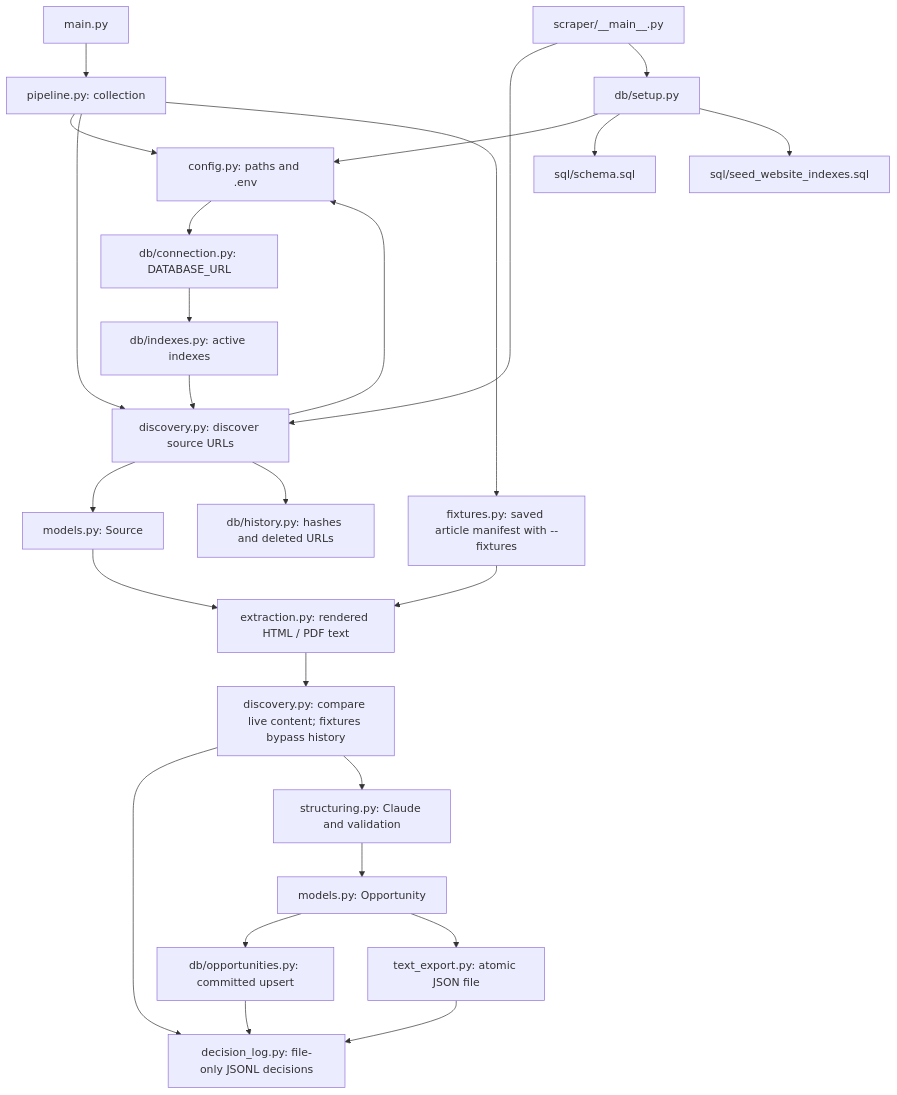
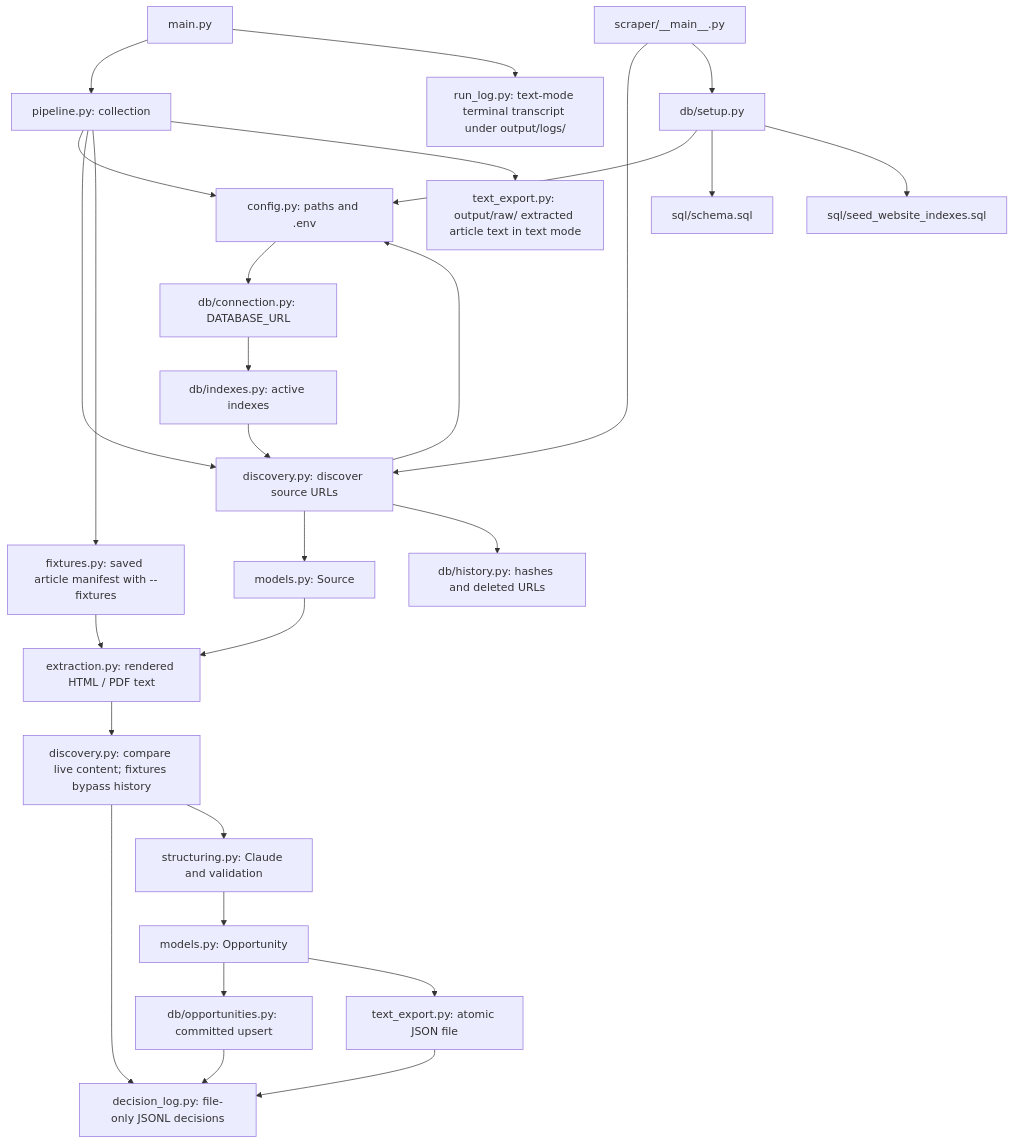
Before and after one commit to MCLWxMBI/scraper: the diagram in README.md, drawn with Mermaid. The commit also changed other lines of this file and 12 other files, not shown here.

````diff
--- a/README.md
+++ b/README.md
@@ -135,28 +169,30 @@
 ```mermaid
 flowchart TD
     Main["main.py"] --> Pipeline["pipeline.py: collection"]
+    Main --> RunLog["run_log.py: text-mode terminal transcript under output/logs/"]
     Commands["scraper/__main__.py"] --> Discovery["discovery.py: discover source URLs"]
     Commands --> Setup["db/setup.py"]
     Pipeline --> Config["config.py: paths and .env"]
     Discovery --> Config
     Setup --> Config
     Config --> Connection["db/connection.py: DATABASE_URL"]
     Connection --> Indexes["db/indexes.py: active indexes"]
     Pipeline --> Discovery
     Pipeline --> Fixtures["fixtures.py: saved article manifest with --fixtures"]
     Fixtures --> Extraction
     Indexes --> Discovery
     Discovery --> Sources["models.py: Source"]
     Sources --> Extraction["extraction.py: rendered HTML / PDF text"]
     Discovery --> History["db/history.py: hashes and deleted URLs"]
     Extraction --> Gate["discovery.py: compare live content; fixtures bypass history"]
     Gate --> Decisions["decision_log.py: file-only JSONL decisions"]
     Gate --> Structuring["structuring.py: Claude and validation"]
     Structuring --> Opportunity["models.py: Opportunity"]
     Opportunity --> Database["db/opportunities.py: committed upsert"]
     Opportunity --> Text["text_export.py: atomic JSON file"]
     Database --> Decisions
+    Pipeline --> Raw["text_export.py: output/raw/ extracted article text in text mode"]
     Text --> Decisions
     Setup --> Schema["sql/schema.sql"]
     Setup --> Seed["sql/seed_website_indexes.sql"]
 ```
````
